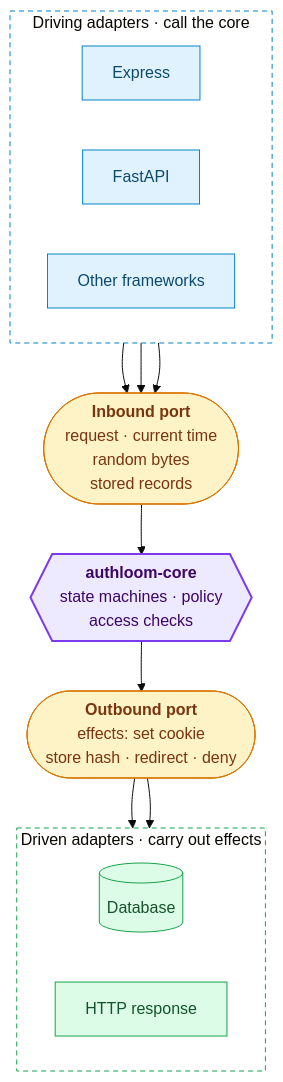
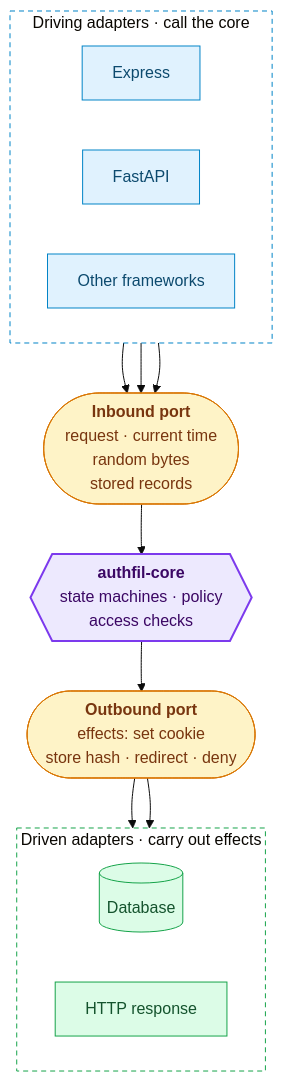
The second of 2 diagrams in docs/src/content/docs/concepts/architecture.md (authfil/auth-fil), drawn with Mermaid (base theme) before and after one commit. The commit also changed other lines of this file and 60 other files, not shown here.

````diff
--- a/docs/src/content/docs/concepts/architecture.md
+++ b/docs/src/content/docs/concepts/architecture.md
@@ -45,34 +45,34 @@
 ```mermaid
 flowchart TB
     subgraph driving["Driving adapters · call the core"]
         direction LR
         express["Express"]
         fastapi["FastAPI"]
         other["Other frameworks"]
     end
 
     inbound(["<b>Inbound port</b><br/>request · current time<br/>random bytes<br/>stored records"])
-    core{{"<b>authloom-core</b><br/>state machines · policy<br/>access checks"}}
+    core{{"<b>authfil-core</b><br/>state machines · policy<br/>access checks"}}
     outbound(["<b>Outbound port</b><br/>effects: set cookie<br/>store hash · redirect · deny"])
 
     subgraph driven["Driven adapters · carry out effects"]
         direction LR
         db[("Database")]
         response["HTTP response"]
     end
 
     express & fastapi & other --> inbound
     inbound --> core --> outbound
     outbound --> db & response
 
     classDef adapter fill:#e0f2fe,stroke:#0284c7,color:#0c4a6e
     classDef port fill:#fef3c7,stroke:#d97706,color:#78350f
     classDef hexagon fill:#ede9fe,stroke:#7c3aed,color:#3b0764,stroke-width:2px
     classDef infra fill:#dcfce7,stroke:#16a34a,color:#14532d
     class express,fastapi,other adapter
     class inbound,outbound port
     class core hexagon
     class db,response infra
     style driving fill:transparent,stroke:#0284c7,stroke-dasharray:5 4
     style driven fill:transparent,stroke:#16a34a,stroke-dasharray:5 4
 ```
````
